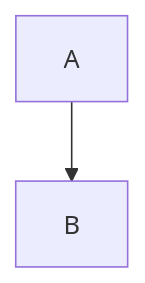
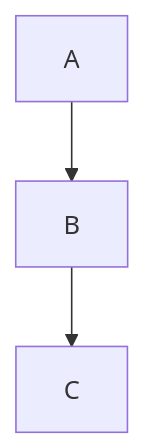
The diagram in SAMPLE.md (takeshiD/markdown-peek), drawn with Mermaid before and after one commit. The commit also changed 2 other files, not shown here.

Commit message:
feat: implemented mathjax via cdn

````diff
--- a/SAMPLE.md
+++ b/SAMPLE.md
@@ -136,4 +136,5 @@
 ```mermaid
 graph TD
     A-->B
+    B-->C
 ```
````
